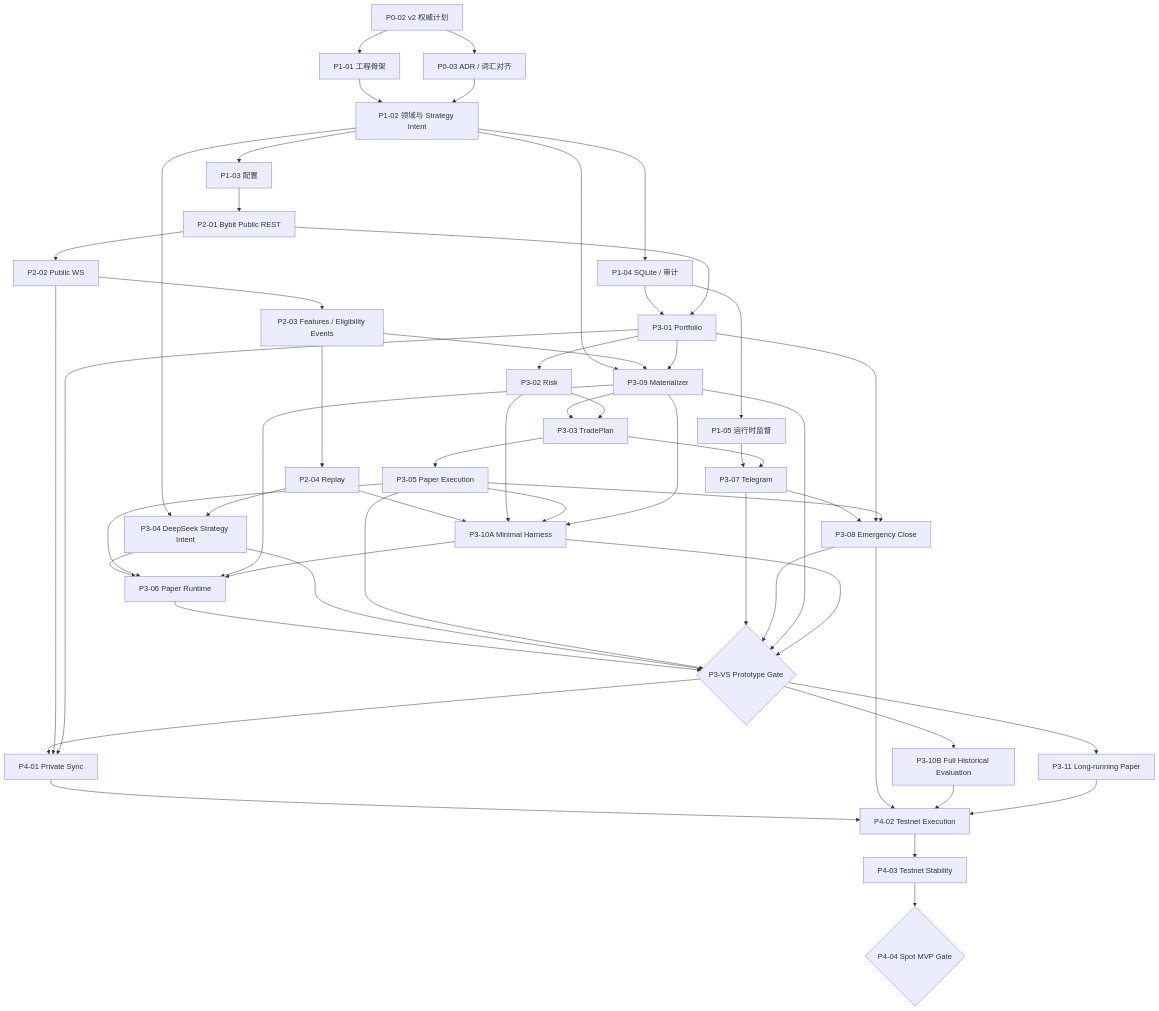
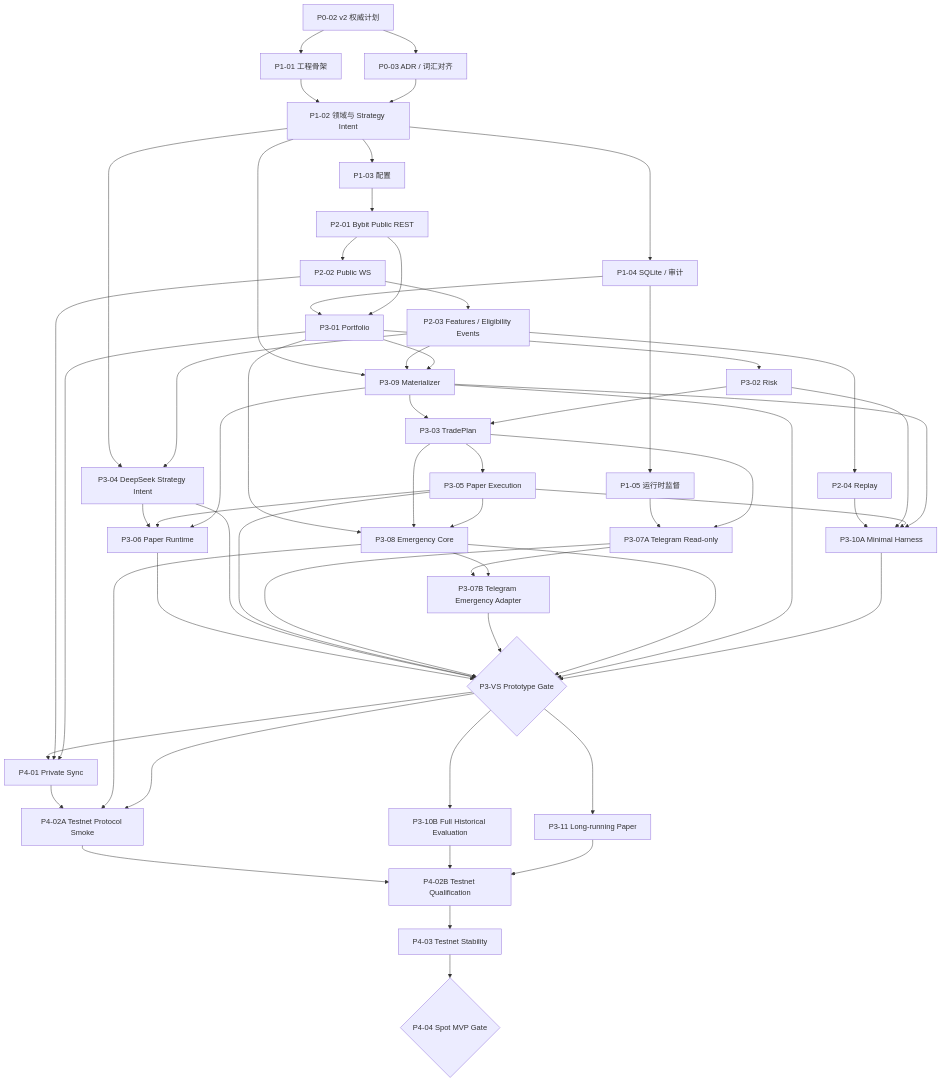
One commit to misakimei123/iron-pilot changed the first of 2 diagrams in docs/DEVELOPMENT_PLAN.md. Above: the diagram before and after it, drawn with Mermaid. The commit also changed other lines of this file, not shown here.

````diff
--- a/docs/DEVELOPMENT_PLAN.md
+++ b/docs/DEVELOPMENT_PLAN.md
@@ -567,13 +682,15 @@
     P305["P3-05 Paper Execution"]
     P310A["P3-10A Minimal Harness"]
     P306["P3-06 Paper Runtime"]
-    P307["P3-07 Telegram"]
-    P308["P3-08 Emergency Close"]
+    P307A["P3-07A Telegram Read-only"]
+    P308["P3-08 Emergency Core"]
+    P307B["P3-07B Telegram Emergency Adapter"]
     P3VS{"P3-VS Prototype Gate"}
     P310B["P3-10B Full Historical Evaluation"]
     P311["P3-11 Long-running Paper"]
     P401["P4-01 Private Sync"]
-    P402["P4-02 Testnet Execution"]
+    P402A["P4-02A Testnet Protocol Smoke"]
+    P402B["P4-02B Testnet Qualification"]
     P403["P4-03 Testnet Stability"]
     P404{"P4-04 Spot MVP Gate"}
 
@@ -591,7 +708,7 @@
     P301 --> P309 --> P303
     P302 --> P303 --> P305
     P102 --> P304
-    P204 --> P304
+    P203 --> P304
     P204 --> P310A
     P302 --> P310A
     P305 --> P310A
@@ -599,15 +716,18 @@
     P304 --> P306
     P305 --> P306
     P309 --> P306
-    P310A --> P306
-    P105 --> P307
-    P303 --> P307 --> P308
+    P105 --> P307A
+    P303 --> P307A
     P301 --> P308
+    P303 --> P308
     P305 --> P308
+    P307A --> P307B
+    P308 --> P307B
     P306 --> P3VS
     P304 --> P3VS
     P305 --> P3VS
-    P307 --> P3VS
+    P307A --> P3VS
+    P307B --> P3VS
     P308 --> P3VS
     P309 --> P3VS
     P310A --> P3VS
@@ -616,9 +736,11 @@
     P3VS --> P401
     P202 --> P401
     P301 --> P401
-    P401 --> P402
-    P308 --> P402
-    P310B --> P402
-    P311 --> P402
-    P402 --> P403 --> P404
+    P401 --> P402A
+    P308 --> P402A
+    P3VS --> P402A
+    P402A --> P402B
+    P310B --> P402B
+    P311 --> P402B
+    P402B --> P403 --> P404
 ```
````
